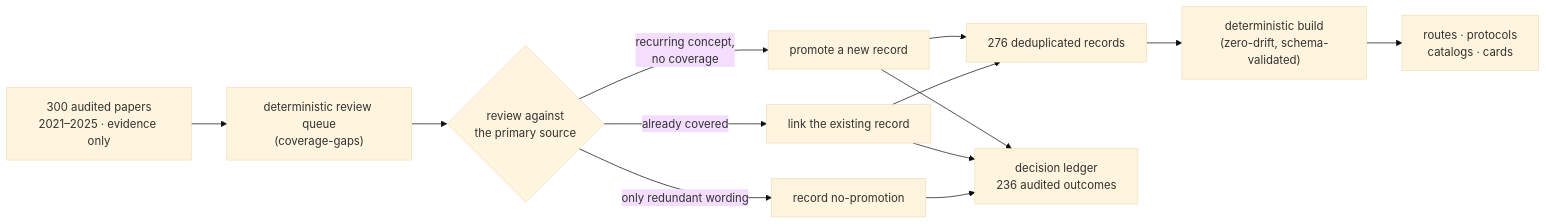
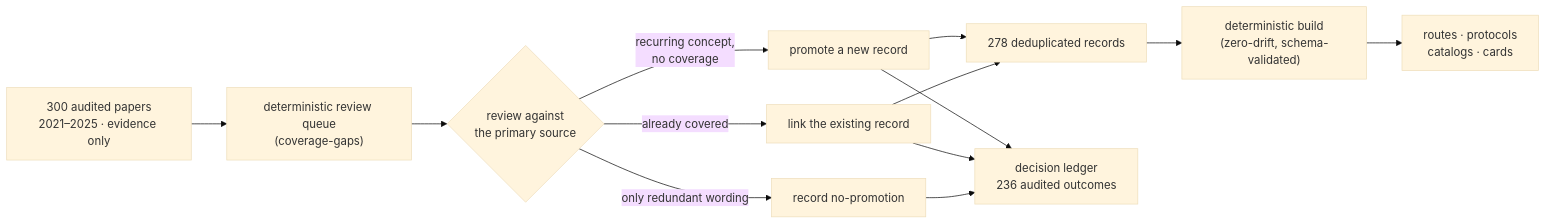
The second of 2 diagrams in README.md (asimfish/super_library), drawn with Mermaid (base theme) before and after one commit. The commit also changed other lines of this file and 74 other files, not shown here.

````diff
--- a/README.md
+++ b/README.md
@@ -152,15 +158,15 @@
 ```mermaid
 flowchart LR
     P["300 audited papers<br/>2021–2025 · evidence only"] --> Q["deterministic review queue<br/>(coverage-gaps)"]
     Q --> R{"review against<br/>the primary source"}
     R -->|"recurring concept,<br/>no coverage"| PROM["promote a new record"]
     R -->|"already covered"| LNK["link the existing record"]
     R -->|"only redundant wording"| NOP["record no-promotion"]
-    PROM --> REC["276 deduplicated records"]
+    PROM --> REC["278 deduplicated records"]
     LNK --> REC
     PROM --> LED["decision ledger<br/>236 audited outcomes"]
     LNK --> LED
     NOP --> LED
     REC --> B["deterministic build<br/>(zero-drift, schema-validated)"]
     B --> A["routes · protocols<br/>catalogs · cards"]
 ```
````
